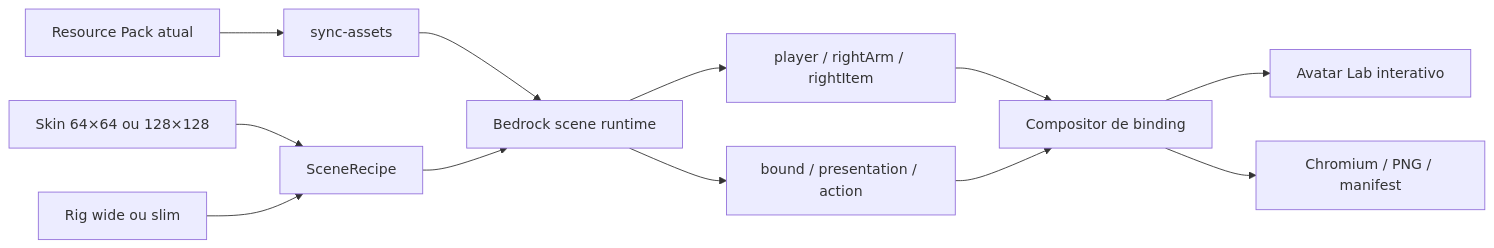
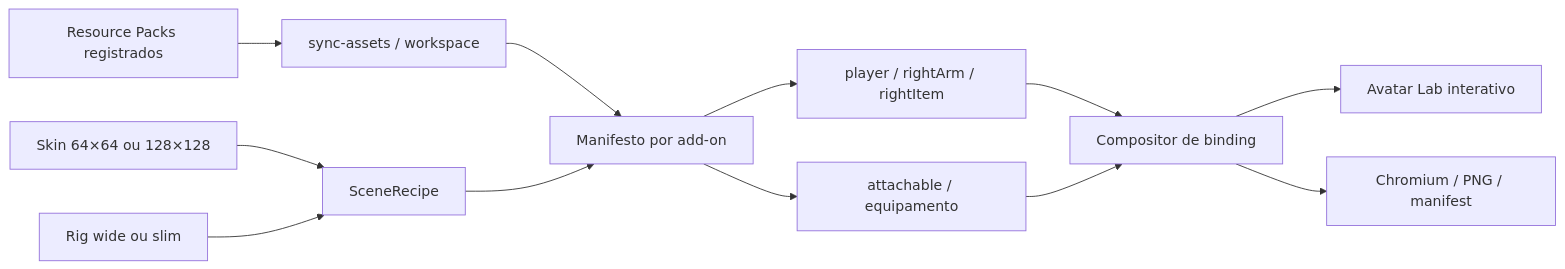
One commit to fabiomigueldp/aspergillum changed the diagram in docs/AVATAR_LAB.md. Above: the diagram before and after it, drawn with Mermaid. The commit also changed other lines of this file and 43 other files, not shown here.

````diff
--- a/docs/AVATAR_LAB.md
+++ b/docs/AVATAR_LAB.md
@@ -15,14 +15,14 @@
 ```mermaid
 flowchart LR
   Skin["Skin 64×64 ou 128×128"] --> Recipe["SceneRecipe"]
   Rig["Rig wide ou slim"] --> Recipe
-  Pack["Resource Pack atual"] --> Sync["sync-assets"]
-  Sync --> Runtime["Bedrock scene runtime"]
+  Packs["Resource Packs registrados"] --> Sync["sync-assets / workspace"]
+  Sync --> Runtime["Manifesto por add-on"]
   Recipe --> Runtime
   Runtime --> Player["player / rightArm / rightItem"]
-  Runtime --> Item["bound / presentation / action"]
+  Runtime --> Item["attachable / equipamento"]
   Player --> Bind["Compositor de binding"]
   Item --> Bind
   Bind --> Lab["Avatar Lab interativo"]
   Bind --> Capture["Chromium / PNG / manifest"]
 ```
````
